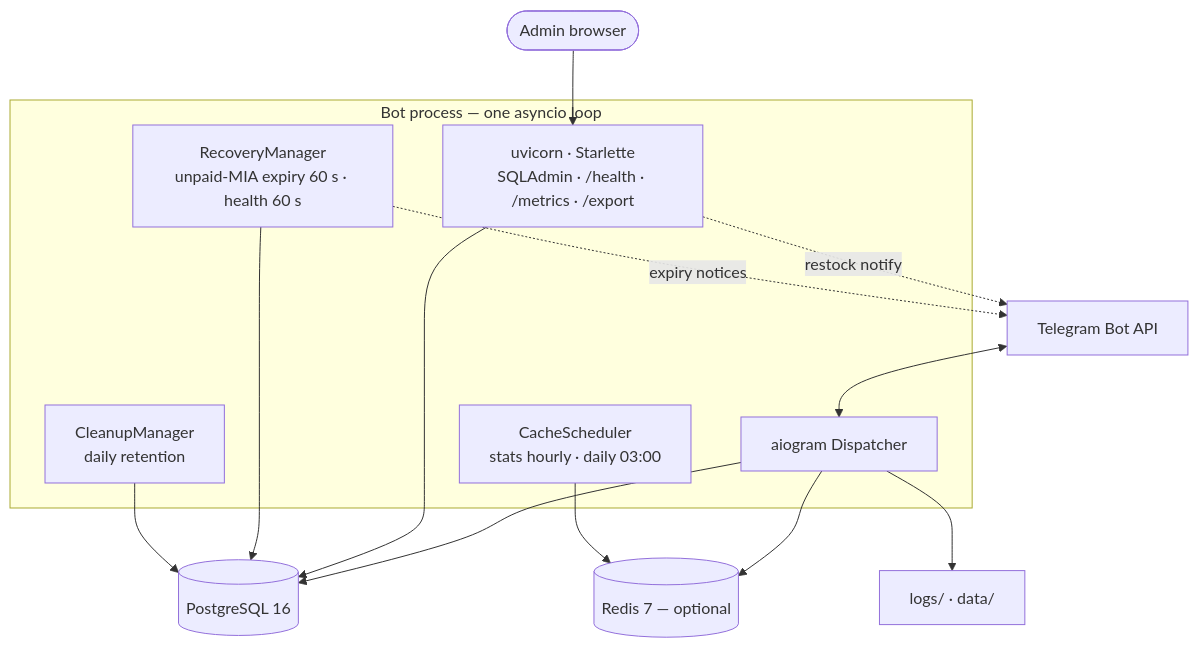
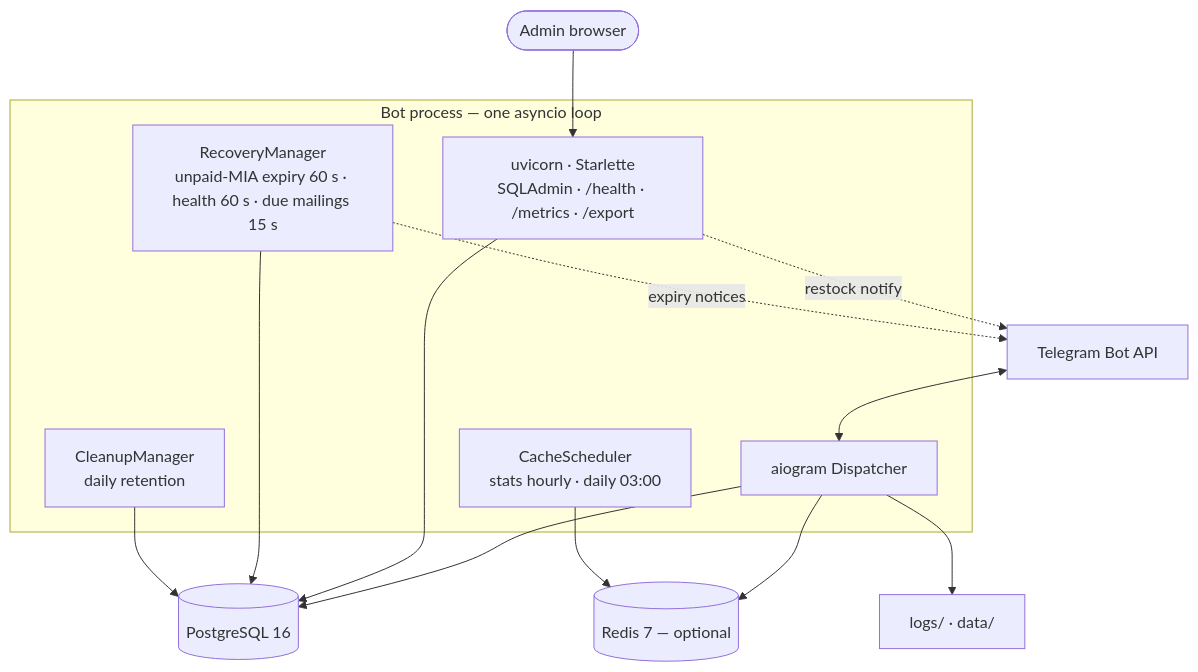
One commit to aventurine-tech/Telegram-shop changed the third of 5 diagrams in README.md. Above: the diagram before and after it, drawn with Mermaid. The commit also changed other lines of this file and 17 other files, not shown here.

First line of the commit message:
Documentation set: AGENTS.md, CLAUDE.md, CHANGELOG, ROADMAP, principles and requirements register, decisions, workflow, naming, testing, security, standards, module guide/status, project state

````diff
--- a/README.md
+++ b/README.md
@@ -210,26 +211,26 @@
 ```mermaid
 flowchart TD
     ADMIN([Admin browser]) --> UV
     TG[Telegram Bot API] <--> DP
 
     subgraph proc["Bot process — one asyncio loop"]
         DP["aiogram Dispatcher"]
         UV["uvicorn · Starlette<br/>SQLAdmin · /health · /metrics · /export"]
-        RM["RecoveryManager<br/>unpaid-MIA expiry 60 s · health 60 s"]
+        RM["RecoveryManager<br/>unpaid-MIA expiry 60 s · health 60 s · due mailings 15 s"]
         CM["CleanupManager<br/>daily retention"]
         CS["CacheScheduler<br/>stats hourly · daily 03:00"]
     end
 
     PG[("PostgreSQL 16")]
     RD[("Redis 7 — optional")]
     FS["logs/ · data/"]
     DP --> PG
     UV --> PG
     RM --> PG
     CM --> PG
     DP --> RD
     CS --> RD
     DP --> FS
     UV -.->|restock notify| TG
     RM -.->|expiry notices| TG
 ```
````
